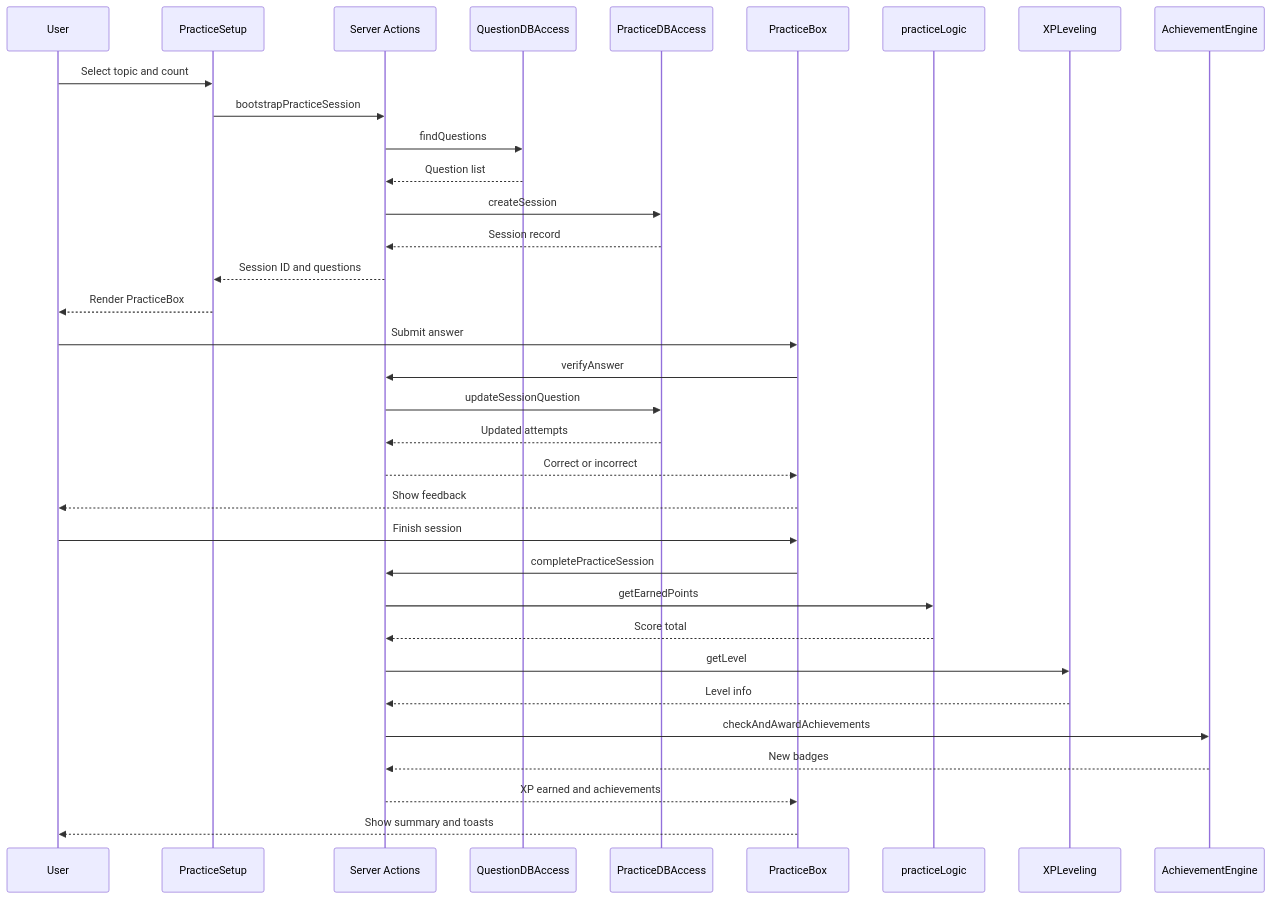
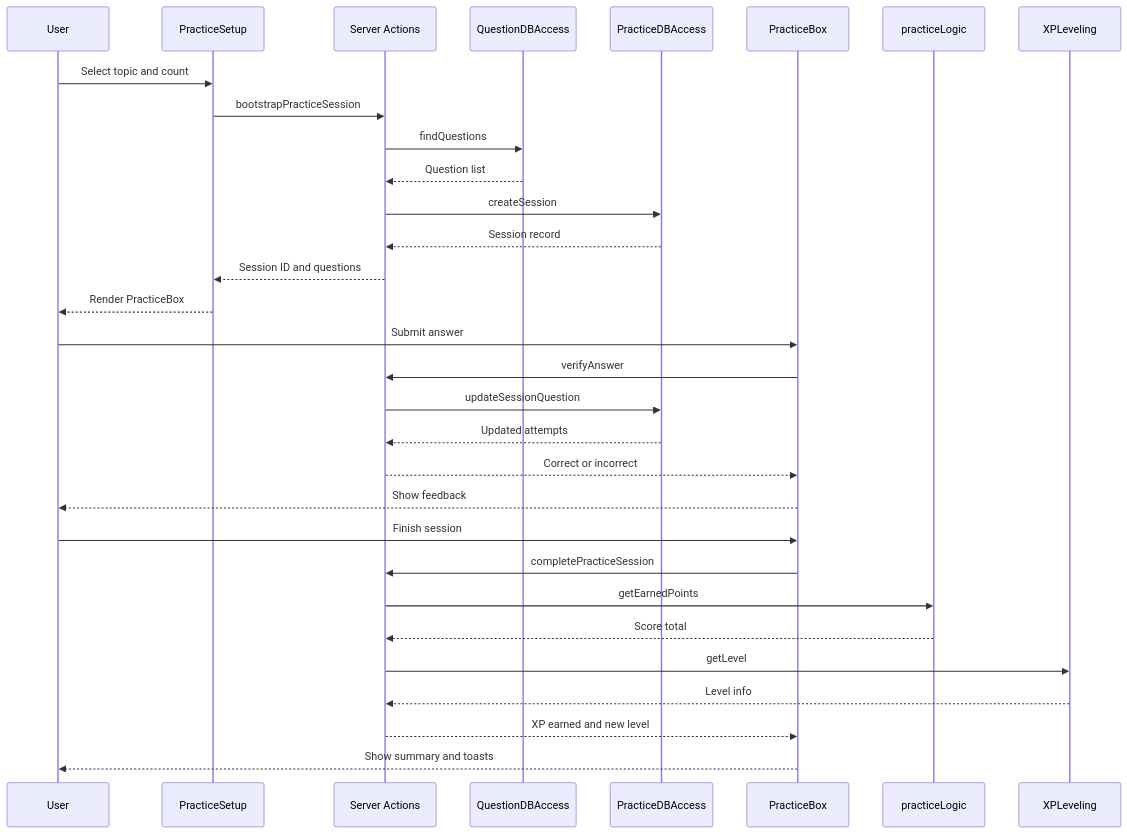
One commit to CalvinHoover/cool-math-game changed the third of 3 diagrams in README.md. Above: the diagram before and after it, drawn with Mermaid. The commit also changed other lines of this file and 29 other files, not shown here.

````diff
--- a/README.md
+++ b/README.md
@@ -207,37 +207,34 @@
 ```mermaid
 sequenceDiagram
     participant U as User
     participant PS as PracticeSetup
     participant SA as Server Actions
     participant QA as QuestionDBAccess
     participant PA as PracticeDBAccess
     participant PB as PracticeBox
     participant PL as practiceLogic
     participant XL as XPLeveling
-    participant AE as AchievementEngine
 
     U->>PS: Select topic and count
     PS->>SA: bootstrapPracticeSession
     SA->>QA: findQuestions
     QA-->>SA: Question list
     SA->>PA: createSession
     PA-->>SA: Session record
     SA-->>PS: Session ID and questions
     PS-->>U: Render PracticeBox
     U->>PB: Submit answer
     PB->>SA: verifyAnswer
     SA->>PA: updateSessionQuestion
     PA-->>SA: Updated attempts
     SA-->>PB: Correct or incorrect
     PB-->>U: Show feedback
     U->>PB: Finish session
     PB->>SA: completePracticeSession
     SA->>PL: getEarnedPoints
     PL-->>SA: Score total
     SA->>XL: getLevel
     XL-->>SA: Level info
-    SA->>AE: checkAndAwardAchievements
-    AE-->>SA: New badges
-    SA-->>PB: XP earned and achievements
+    SA-->>PB: XP earned and new level
     PB-->>U: Show summary and toasts
 ```
````
